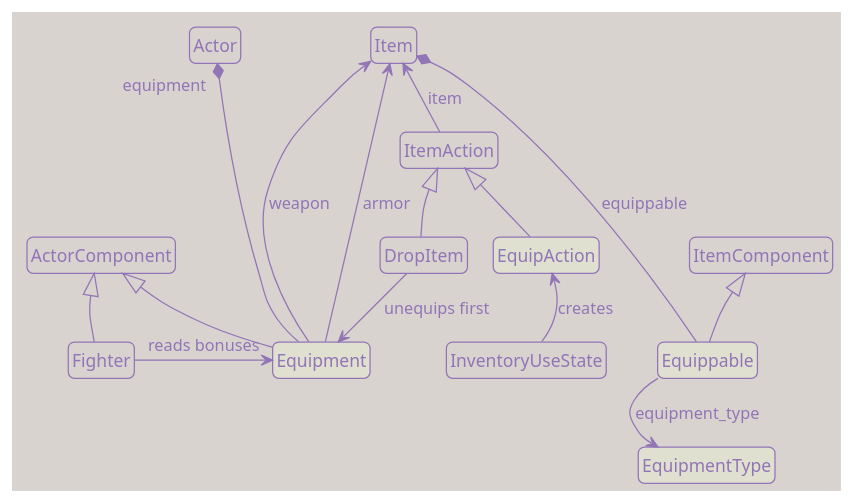
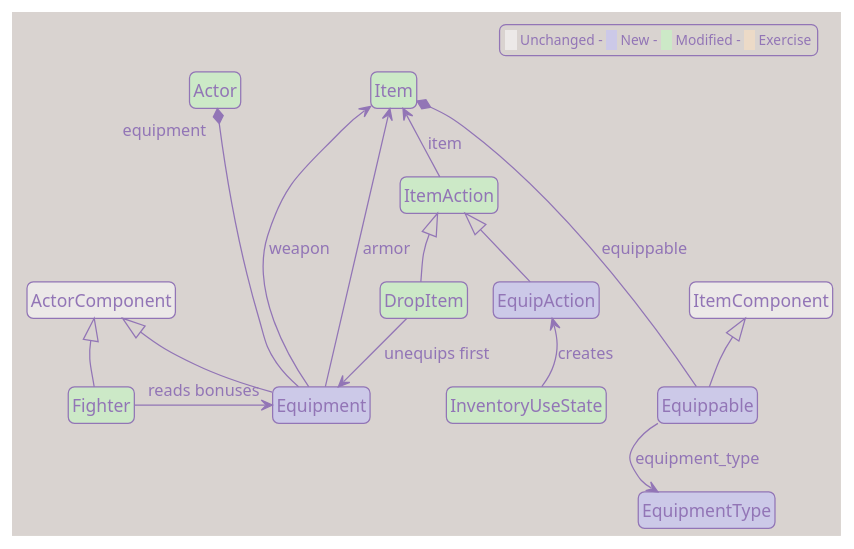
One commit to Darky-Lucera/roguelike-tutorial-python-tcod changed the diagram in uml/part13_local_classes.puml. Above: the diagram before and after it, drawn with PlantUML. The commit also changed 64 other files, not shown here.

Commit message:
Improve class diagrams. Minor changes

```diff
--- a/uml/part13_local_classes.puml
+++ b/uml/part13_local_classes.puml
@@ -1,104 +1,109 @@
 @startuml part13_local_classes
 
 !theme mimeograph
 
 top to bottom direction
 
 hide members
 hide circle
 
 skinparam roundcorner 10
+skinparam classBackgroundColor #ece9e8
 skinparam noteFontSize 10
 skinparam noteBorderThickness 1
 skinparam noteMargin 2
 skinparam notePadding 2
 skinparam nodesep 20
 skinparam ranksep 35
 
 set namespaceSeparator none
 
 '--------------------------------------
 ' Classes
 '--------------------------------------
 
-class "Actor" as game.entities.entity.Actor {
+class "Actor" as game.entities.entity.Actor #cce9c7 {
 }
 
-class "Item" as game.entities.entity.Item {
+class "Item" as game.entities.entity.Item #cce9c7 {
 }
 
 class "ActorComponent" as game.entities.components.base_component.ActorComponent {
 }
 
 class "ItemComponent" as game.entities.components.base_component.ItemComponent {
 }
 
-class "Fighter" as game.entities.components.fighter.Fighter {
+class "Fighter" as game.entities.components.fighter.Fighter #cce9c7 {
 }
 
-class "Equipment" as game.entities.components.equipment.Equipment #e0e0d0 {
+class "Equipment" as game.entities.components.equipment.Equipment #ccc9e8 {
 }
 
-class "Equippable" as game.entities.components.equippable.Equippable #e0e0d0 {
+class "Equippable" as game.entities.components.equippable.Equippable #ccc9e8 {
 }
 
-class "EquipmentType" as game.entities.equipment_type.EquipmentType #e0e0d0 {
+class "EquipmentType" as game.entities.equipment_type.EquipmentType #ccc9e8 {
 }
 
-class "ItemAction" as game.actions.ItemAction {
+class "ItemAction" as game.actions.ItemAction #cce9c7 {
 }
 
-class "EquipAction" as game.actions.EquipAction #e0e0d0 {
+class "EquipAction" as game.actions.EquipAction #ccc9e8 {
 }
 
-class "DropItem" as game.actions.DropItem {
+class "DropItem" as game.actions.DropItem #cce9c7 {
 }
 
-class "InventoryUseState" as game.game_states.InventoryUseState {
+class "InventoryUseState" as game.game_states.InventoryUseState #cce9c7 {
 }
 
 '--------------------------------------
 ' Relations
 '--------------------------------------
 
 ' Inheritance: base class first, derived class second.
 game.entities.components.base_component.ActorComponent <|-- game.entities.components.fighter.Fighter
 game.entities.components.base_component.ActorComponent <|-- game.entities.components.equipment.Equipment
 game.entities.components.base_component.ItemComponent <|-- game.entities.components.equippable.Equippable
 game.actions.ItemAction <|-- game.actions.EquipAction
 game.actions.ItemAction <|-- game.actions.DropItem
 
 ' New ownership and references introduced by equipment.
 game.entities.entity.Actor "equipment" *-- game.entities.components.equipment.Equipment
 game.entities.entity.Item *-- game.entities.components.equippable.Equippable : equippable
 game.entities.components.equipment.Equipment -right-> game.entities.entity.Item : weapon
 game.entities.components.equipment.Equipment -right-> game.entities.entity.Item : armor
 game.entities.components.equippable.Equippable --> game.entities.equipment_type.EquipmentType : equipment_type
 game.actions.ItemAction -up-> game.entities.entity.Item : item
 
 ' Existing classes touched by the chapter.
 game.entities.components.fighter.Fighter --> game.entities.components.equipment.Equipment : reads bonuses
 game.actions.DropItem --> game.entities.components.equipment.Equipment : unequips first
 game.game_states.InventoryUseState --> game.actions.EquipAction : creates
 
 '--------------------------------------
 ' Layout hints
 '--------------------------------------
 
 game.entities.entity.Actor -[hidden]right- game.entities.entity.Item
 game.entities.entity.Actor -[hidden]down- game.entities.components.base_component.ActorComponent
 game.entities.entity.Item -[hidden]down- game.entities.components.base_component.ItemComponent
 
 game.entities.components.base_component.ActorComponent -[hidden]down- game.entities.components.fighter.Fighter
 game.entities.components.fighter.Fighter -[hidden]right- game.entities.components.equipment.Equipment
 game.entities.components.base_component.ItemComponent -[hidden]down- game.entities.components.equippable.Equippable
 game.entities.components.equipment.Equipment -[hidden]right- game.entities.components.equippable.Equippable
 game.entities.components.equippable.Equippable -[hidden]down- game.entities.equipment_type.EquipmentType
 
 game.actions.ItemAction -[hidden]down- game.actions.DropItem
 game.actions.DropItem -[hidden]right- game.actions.EquipAction
 game.game_states.InventoryUseState -[hidden]down- game.actions.EquipAction
 
 game.actions.EquipAction -[hidden]down- game.game_states.InventoryUseState
 
+legend top right
+<size:11><back:#ece9e8>   </back> Unchanged - <back:#ccc9e8>   </back> New - <back:#cce9c7>   </back> Modified - <back:#ecdac7>   </back> Exercise</size>
+endlegend
+
 @enduml
```
